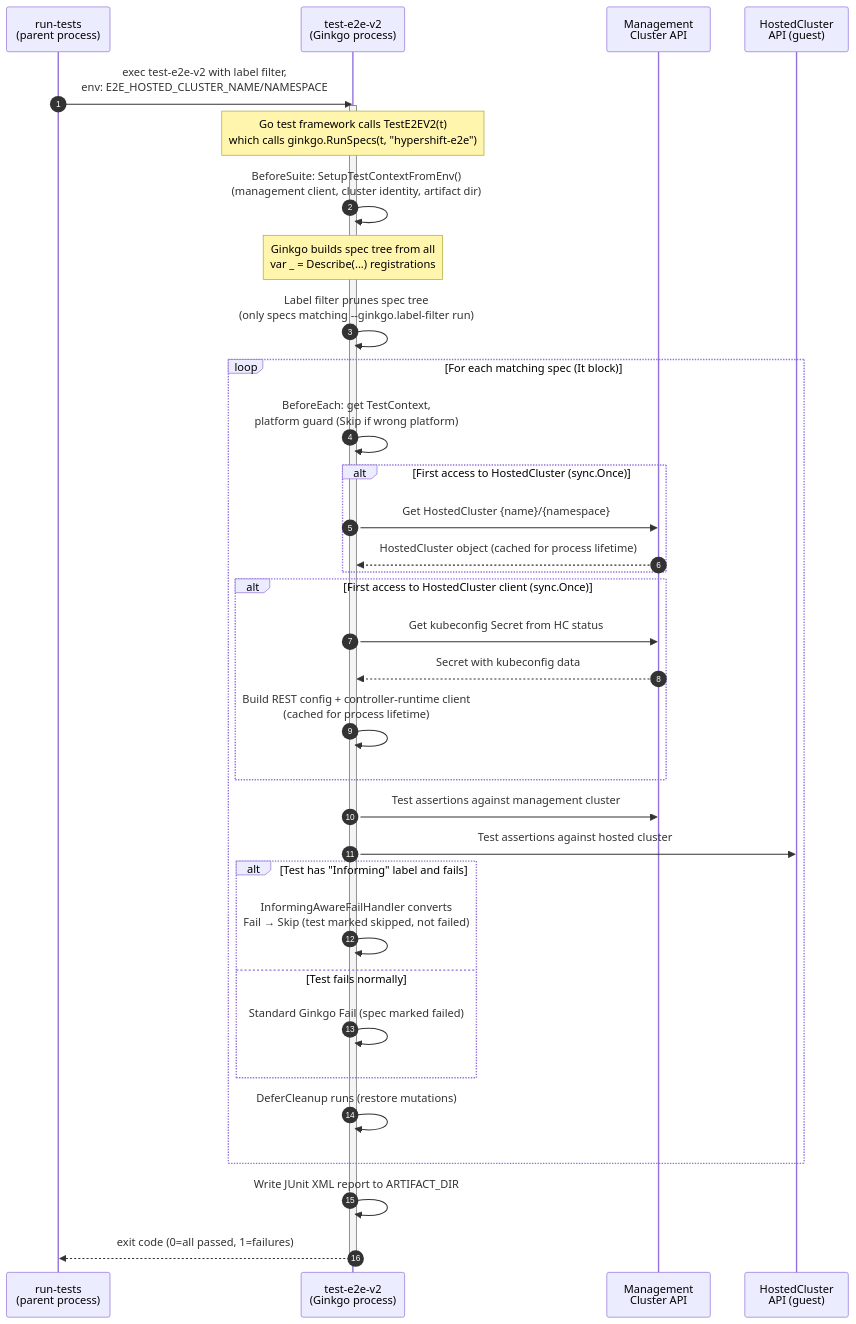
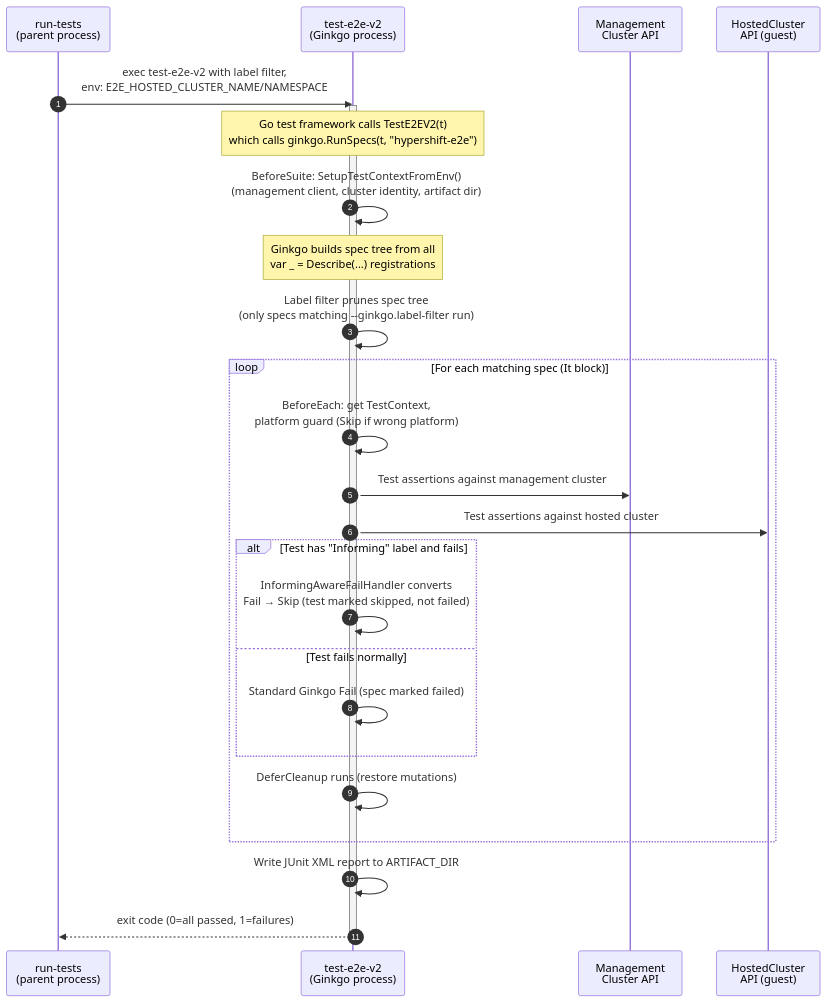
Before and after one commit to openshift/hypershift: the second of 4 diagrams in docs/content/reference/e2e-v2-test-flow.md, drawn with Mermaid. The commit also changed other lines of this file and 1 other file, not shown here.

First line of the commit message:
fix(docs): update e2e v2 flow docs

````diff
--- a/docs/content/reference/e2e-v2-test-flow.md
+++ b/docs/content/reference/e2e-v2-test-flow.md
@@ -267,50 +265,39 @@
 ```mermaid
 sequenceDiagram
     autonumber
 
     participant RT as run-tests<br/>(parent process)
     participant G as test-e2e-v2<br/>(Ginkgo process)
     participant MC as Management<br/>Cluster API
     participant HCA as HostedCluster<br/>API (guest)
 
     RT->>G: exec test-e2e-v2 with label filter,<br/>env: E2E_HOSTED_CLUSTER_NAME/NAMESPACE
 
     activate G
     Note over G: Go test framework calls TestE2EV2(t)<br/>which calls ginkgo.RunSpecs(t, "hypershift-e2e")
 
     G->>G: BeforeSuite: SetupTestContextFromEnv()<br/>(management client, cluster identity, artifact dir)
 
     Note over G: Ginkgo builds spec tree from all<br/>var _ = Describe(...) registrations
 
     G->>G: Label filter prunes spec tree<br/>(only specs matching --ginkgo.label-filter run)
 
     loop For each matching spec (It block)
         G->>G: BeforeEach: get TestContext,<br/>platform guard (Skip if wrong platform)
 
-        alt First access to HostedCluster (sync.Once)
-            G->>MC: Get HostedCluster {name}/{namespace}
-            MC-->>G: HostedCluster object (cached for process lifetime)
-        end
-
-        alt First access to HostedCluster client (sync.Once)
-            G->>MC: Get kubeconfig Secret from HC status
-            MC-->>G: Secret with kubeconfig data
-            G->>G: Build REST config + controller-runtime client<br/>(cached for process lifetime)
-        end
-
         G->>MC: Test assertions against management cluster
         G->>HCA: Test assertions against hosted cluster
 
         alt Test has "Informing" label and fails
             G->>G: InformingAwareFailHandler converts<br/>Fail → Skip (test marked skipped, not failed)
         else Test fails normally
             G->>G: Standard Ginkgo Fail (spec marked failed)
         end
 
         G->>G: DeferCleanup runs (restore mutations)
     end
 
     G->>G: Write JUnit XML report to ARTIFACT_DIR
     G-->>RT: exit code (0=all passed, 1=failures)
     deactivate G
 ```
````
